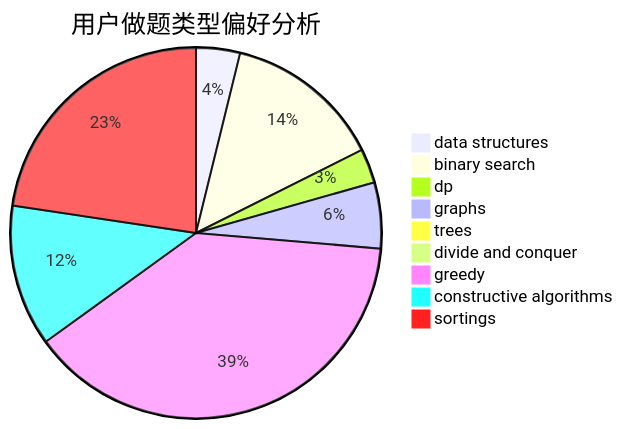
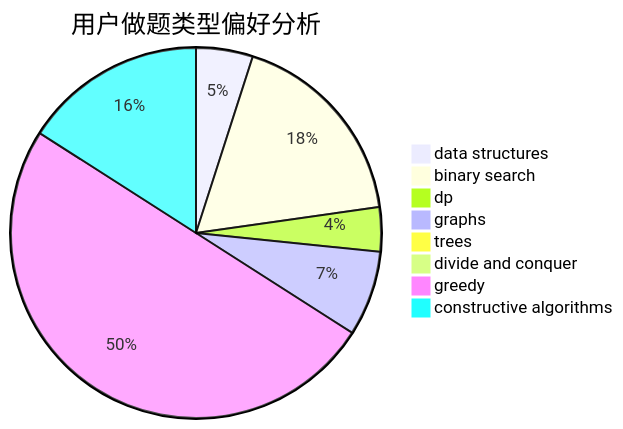
Before and after one commit to sherpahu/cfrs.github.io: the second of 3 diagrams in docs/user/u3.md, drawn with Mermaid. The commit also changed other lines of this file and 2769 other files, not shown here.

````diff
--- a/docs/user/u3.md
+++ b/docs/user/u3.md
@@ -18,12 +18,11 @@
 ```mermaid
 pie title 用户做题类型偏好分析
     "data structures" :  32
     "binary search" :  115
     "dp" :  25
     "graphs" :  48
     "trees" :  1
     "divide and conquer" :  0
     "greedy" :  323
     "constructive algorithms" :  103
-    "sortings" :  189
 ```
````
